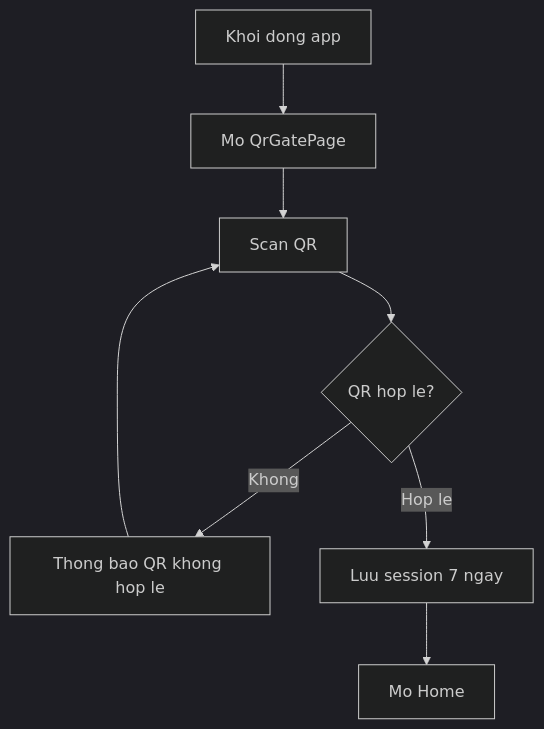
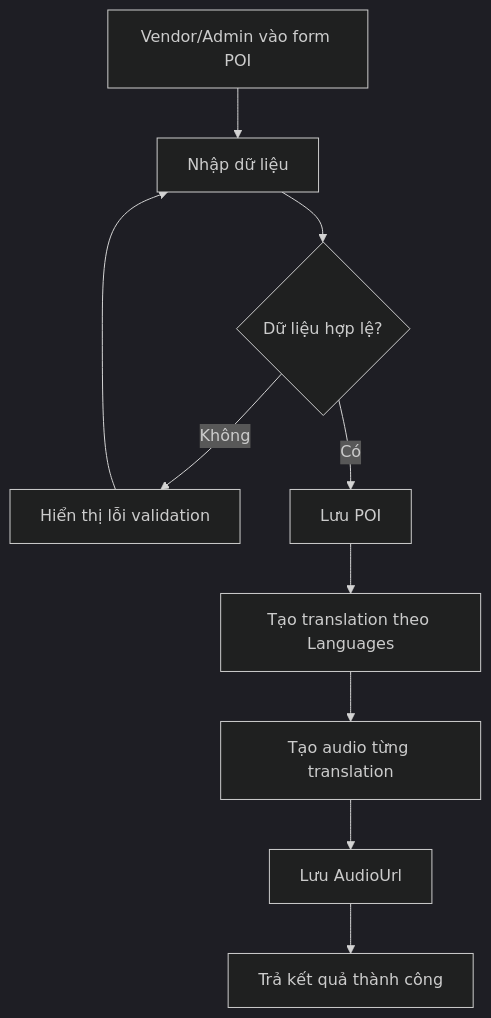
Before and after one commit to EricHoang28092k5/SmartTour: diagram 11 of 13 in PRD_SmartTour.md, drawn with Mermaid (dark theme). The commit also changed other lines of this file, not shown here.

````diff
--- a/PRD_SmartTour.md
+++ b/PRD_SmartTour.md
@@ -293,10 +597,12 @@
 ```mermaid
 flowchart TD
-    A[Khoi dong app] --> B[Mo QrGatePage]
-    B --> C[Scan QR]
-    C --> D{QR hop le?}
-    D -- Khong --> E[Thong bao QR khong hop le]
-    E --> C
-    D -- Hop le --> F[Luu session 7 ngay]
-    F --> G[Mo Home]
+    A[Vendor/Admin vào form POI] --> B[Nhập dữ liệu]
+    B --> C{Dữ liệu hợp lệ?}
+    C -- Không --> D[Hiển thị lỗi validation]
+    D --> B
+    C -- Có --> E[Lưu POI]
+    E --> F[Tạo translation theo Languages]
+    F --> G[Tạo audio từng translation]
+    G --> H[Lưu AudioUrl]
+    H --> I[Trả kết quả thành công]
 ```
````
